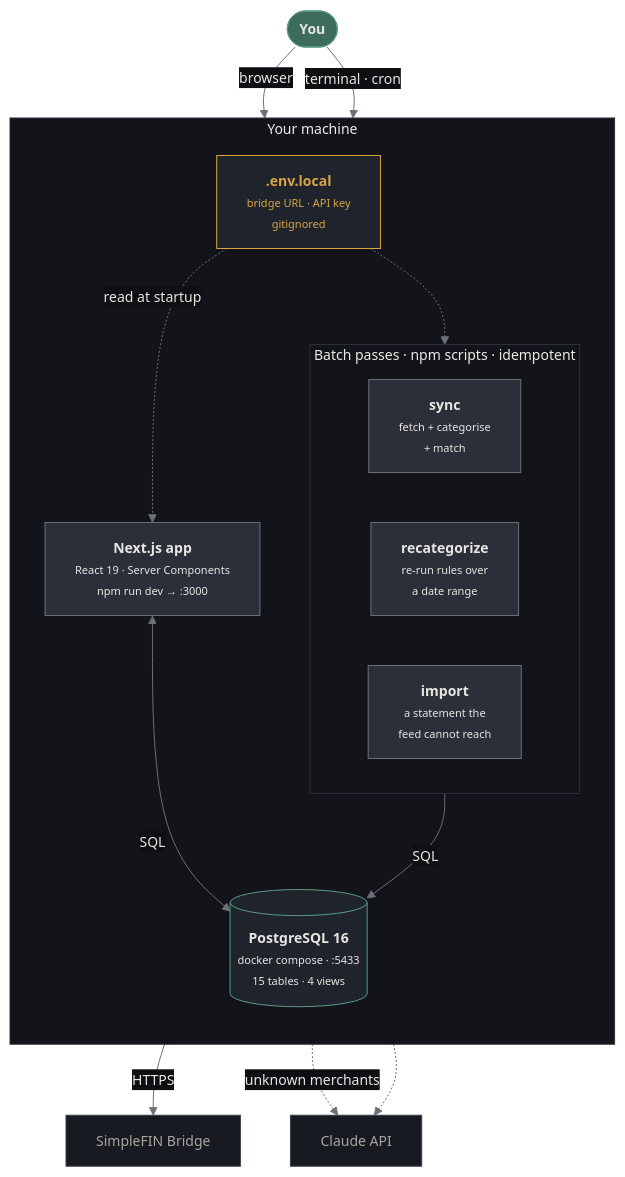
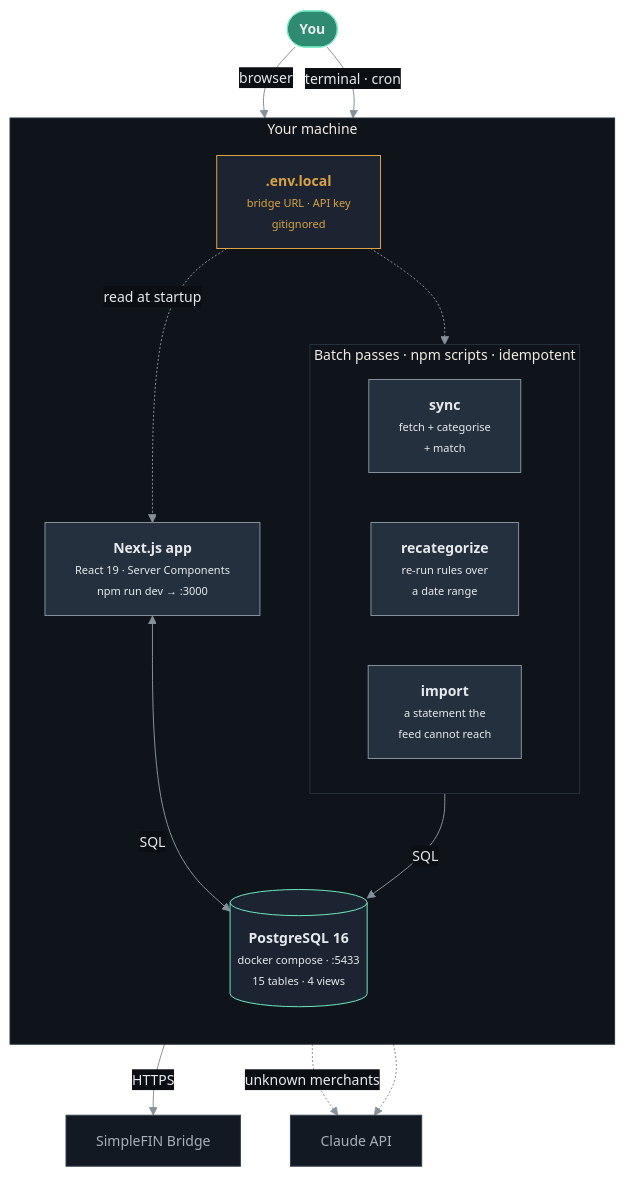
Before and after one commit to aryamanram/personal-finance-manager: the diagram in docs/architecture/containers.md, drawn with Mermaid. The commit also changed 8 other files, not shown here.

````diff
--- a/docs/architecture/containers.md
+++ b/docs/architecture/containers.md
@@ -7,53 +7,53 @@
 ```mermaid
 %%{init: {'theme':'base','themeVariables':{
   'background':'transparent',
-  'primaryColor':'#1f232c','primaryTextColor':'#e8e6e1','primaryBorderColor':'#3a4150',
-  'lineColor':'#6b6f78','secondaryColor':'#171a21','tertiaryColor':'#12141a',
-  'clusterBkg':'#12141a','clusterBorder':'#2a2f3a',
-  'edgeLabelBackground':'#0d0f13','fontSize':'14px'
+  'primaryColor':'#1b2430','primaryTextColor':'#e6eaec','primaryBorderColor':'#34424f',
+  'lineColor':'#84919a','secondaryColor':'#131922','tertiaryColor':'#0f141b',
+  'clusterBkg':'#0f141b','clusterBorder':'#25303e',
+  'edgeLabelBackground':'#0b0f14','fontSize':'14px'
 }}}%%
 flowchart TB
     owner(["<b>You</b>"])
 
     subgraph machine["Your machine"]
         direction TB
 
         web["<b>Next.js app</b><br/><span style='font-size:11px'>React 19 · Server Components<br/>npm run dev → :3000</span>"]
 
         subgraph passes["Batch passes · npm scripts · idempotent"]
             direction LR
             sync["<b>sync</b><br/><span style='font-size:11px'>fetch + categorise<br/>+ match</span>"]
             recat["<b>recategorize</b><br/><span style='font-size:11px'>re-run rules over<br/>a date range</span>"]
             importcsv["<b>import</b><br/><span style='font-size:11px'>a statement the<br/>feed cannot reach</span>"]
         end
 
         db[("<b>PostgreSQL 16</b><br/><span style='font-size:11px'>docker compose · :5433<br/>15 tables · 4 views</span>")]
         envfile["<b>.env.local</b><br/><span style='font-size:11px'>bridge URL · API key<br/>gitignored</span>"]
     end
 
     bridge["SimpleFIN Bridge"]
     claude["Claude API"]
 
     owner -->|"browser"| web
     owner -->|"terminal · cron"| passes
 
     web <-->|"SQL"| db
     passes -->|"SQL"| db
     sync -->|"HTTPS"| bridge
     recat -.->|"unknown merchants"| claude
     sync -.-> claude
 
     envfile -.->|"read at startup"| web
     envfile -.-> passes
 
-    classDef person fill:#3d6b5c,stroke:#5b9c85,color:#e8e6e1
-    classDef app fill:#2a2f3a,stroke:#6b6f78,color:#e8e6e1
-    classDef store fill:#1f232c,stroke:#5b9c85,color:#e8e6e1
-    classDef ext fill:#171a21,stroke:#3a4150,color:#a8a69f
-    classDef secret fill:#1f232c,stroke:#d9a441,color:#d9a441
+    classDef person fill:#2f8a72,stroke:#6ee7c0,color:#e6eaec
+    classDef app fill:#25303e,stroke:#84919a,color:#e6eaec
+    classDef store fill:#1b2430,stroke:#6ee7c0,color:#e6eaec
+    classDef ext fill:#131922,stroke:#34424f,color:#a5b0b7
+    classDef secret fill:#1b2430,stroke:#d9a441,color:#d9a441
     class owner person
     class web,sync,recat,importcsv app
     class db store
     class bridge,claude ext
     class envfile secret
 ```
````
